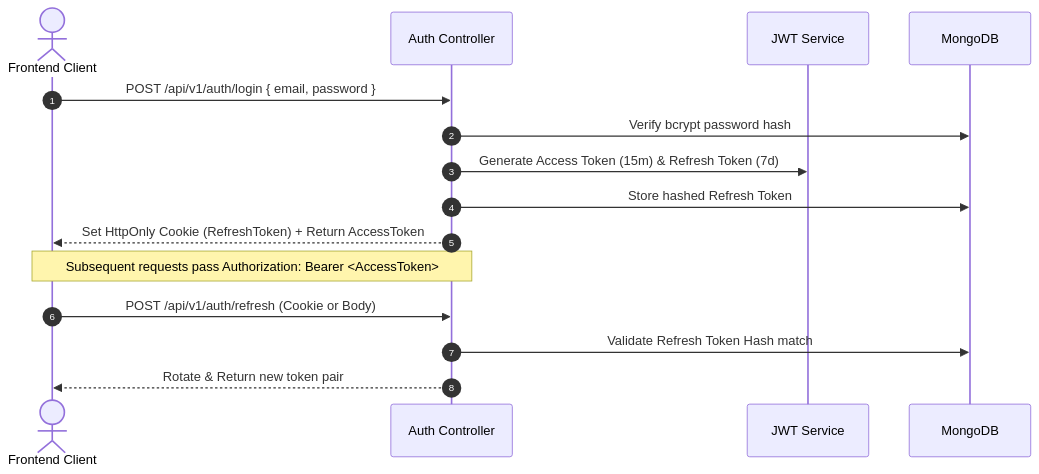
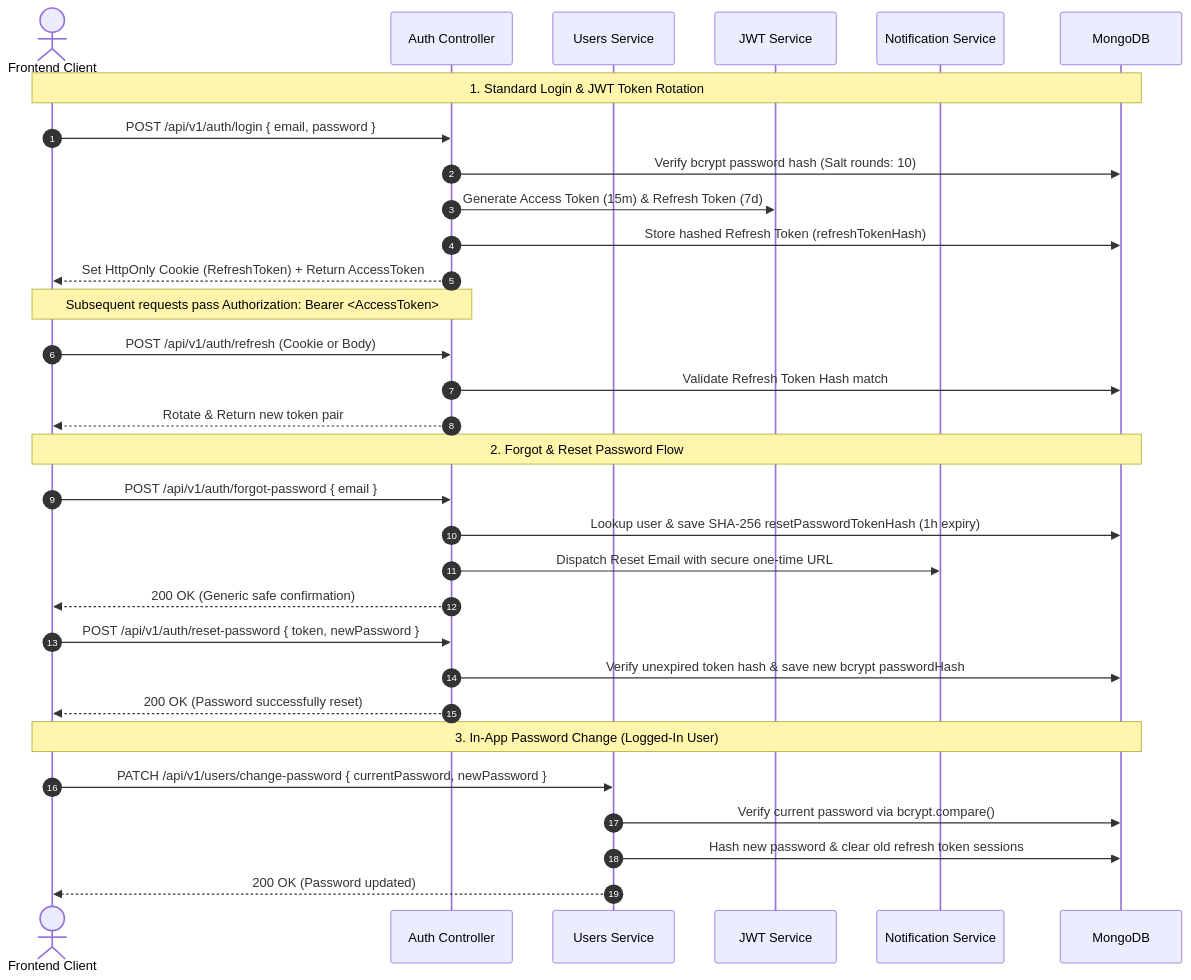
One commit to rishank-kesarwani/ai-travel-planner changed the fourth of 4 diagrams in README.md. Above: the diagram before and after it, drawn with Mermaid. The commit also changed other lines of this file and 5 other files, not shown here.

````diff
--- a/README.md
+++ b/README.md
@@ -212,18 +214,36 @@
 ```mermaid
 sequenceDiagram
     autonumber
     actor Client as Frontend Client
     participant Auth as Auth Controller
+    participant Users as Users Service
     participant JWT as JWT Service
+    participant Notif as Notification Service
     participant DB as MongoDB
 
+    Note over Client,DB: 1. Standard Login & JWT Token Rotation
     Client->>Auth: POST /api/v1/auth/login { email, password }
-    Auth->>DB: Verify bcrypt password hash
+    Auth->>DB: Verify bcrypt password hash (Salt rounds: 10)
     Auth->>JWT: Generate Access Token (15m) & Refresh Token (7d)
-    Auth->>DB: Store hashed Refresh Token
+    Auth->>DB: Store hashed Refresh Token (refreshTokenHash)
     Auth-->>Client: Set HttpOnly Cookie (RefreshToken) + Return AccessToken
     Note over Client,Auth: Subsequent requests pass Authorization: Bearer <AccessToken>
     Client->>Auth: POST /api/v1/auth/refresh (Cookie or Body)
     Auth->>DB: Validate Refresh Token Hash match
     Auth-->>Client: Rotate & Return new token pair
+
+    Note over Client,DB: 2. Forgot & Reset Password Flow
+    Client->>Auth: POST /api/v1/auth/forgot-password { email }
+    Auth->>DB: Lookup user & save SHA-256 resetPasswordTokenHash (1h expiry)
+    Auth->>Notif: Dispatch Reset Email with secure one-time URL
+    Auth-->>Client: 200 OK (Generic safe confirmation)
+    Client->>Auth: POST /api/v1/auth/reset-password { token, newPassword }
+    Auth->>DB: Verify unexpired token hash & save new bcrypt passwordHash
+    Auth-->>Client: 200 OK (Password successfully reset)
+
+    Note over Client,DB: 3. In-App Password Change (Logged-In User)
+    Client->>Users: PATCH /api/v1/users/change-password { currentPassword, newPassword }
+    Users->>DB: Verify current password via bcrypt.compare()
+    Users->>DB: Hash new password & clear old refresh token sessions
+    Users-->>Client: 200 OK (Password updated)
 ```
````
